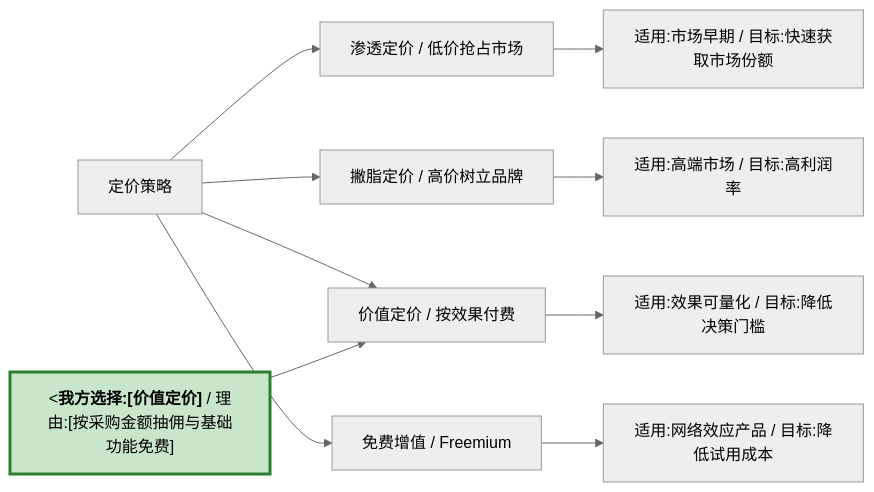
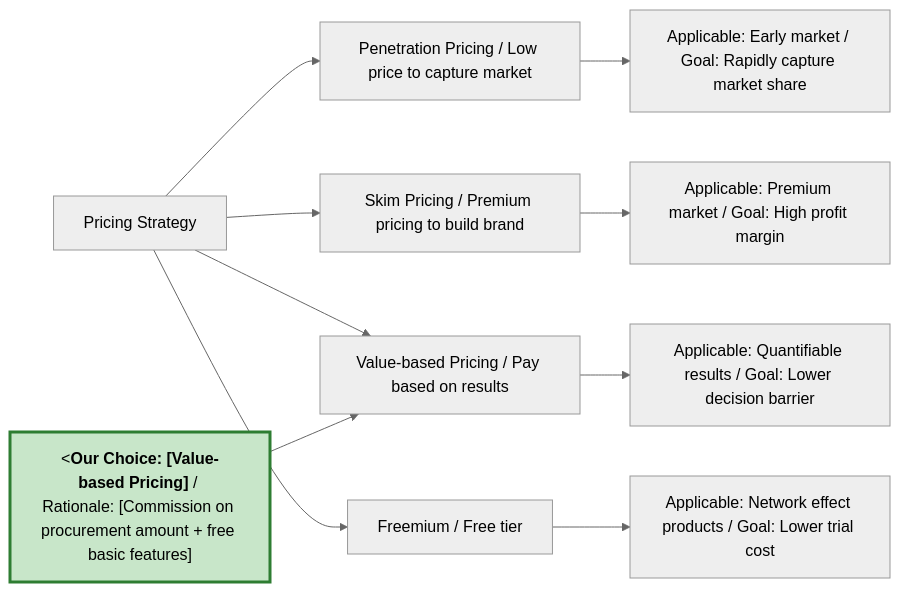
Diagram 11 of 18 in templates/产品/战略层/【模板】市场需求文档.md (Kirky-X/cangjie), drawn with Mermaid (neutral theme) before and after one commit. The commit also changed other lines of this file and 46 other files, not shown here.

````diff
--- a/templates/产品/战略层/【模板】市场需求文档.md
+++ b/templates/产品/战略层/【模板】市场需求文档.md
@@ -533,15 +533,15 @@
 ```mermaid
 graph LR
-    A[定价策略] --> B[渗透定价 / 低价抢占市场]
-    A --> C[撇脂定价 / 高价树立品牌]
-    A --> D[价值定价 / 按效果付费]
-    A --> E[免费增值 / Freemium]
+    A[Pricing Strategy] --> B[Penetration Pricing / Low price to capture market]
+    A --> C[Skim Pricing / Premium pricing to build brand]
+    A --> D[Value-based Pricing / Pay based on results]
+    A --> E[Freemium / Free tier]
 
-    B --> B1[适用:市场早期 / 目标:快速获取市场份额]
-    C --> C1[适用:高端市场 / 目标:高利润率]
-    D --> D1[适用:效果可量化 / 目标:降低决策门槛]
-    E --> E1[适用:网络效应产品 / 目标:降低试用成本]
+    B --> B1[Applicable: Early market / Goal: Rapidly capture market share]
+    C --> C1[Applicable: Premium market / Goal: High profit margin]
+    D --> D1[Applicable: Quantifiable results / Goal: Lower decision barrier]
+    E --> E1[Applicable: Network effect products / Goal: Lower trial cost]
 
-    F["<<b>我方选择:[价值定价]</b> / 理由:[按采购金额抽佣与基础功能免费]"] --> D
+    F["<<b>Our Choice: [Value-based Pricing]</b> / Rationale: [Commission on procurement amount + free basic features]"] --> D
     style F fill:#c8e6c9,stroke:#2e7d32,stroke-width:3px
 ```
````
